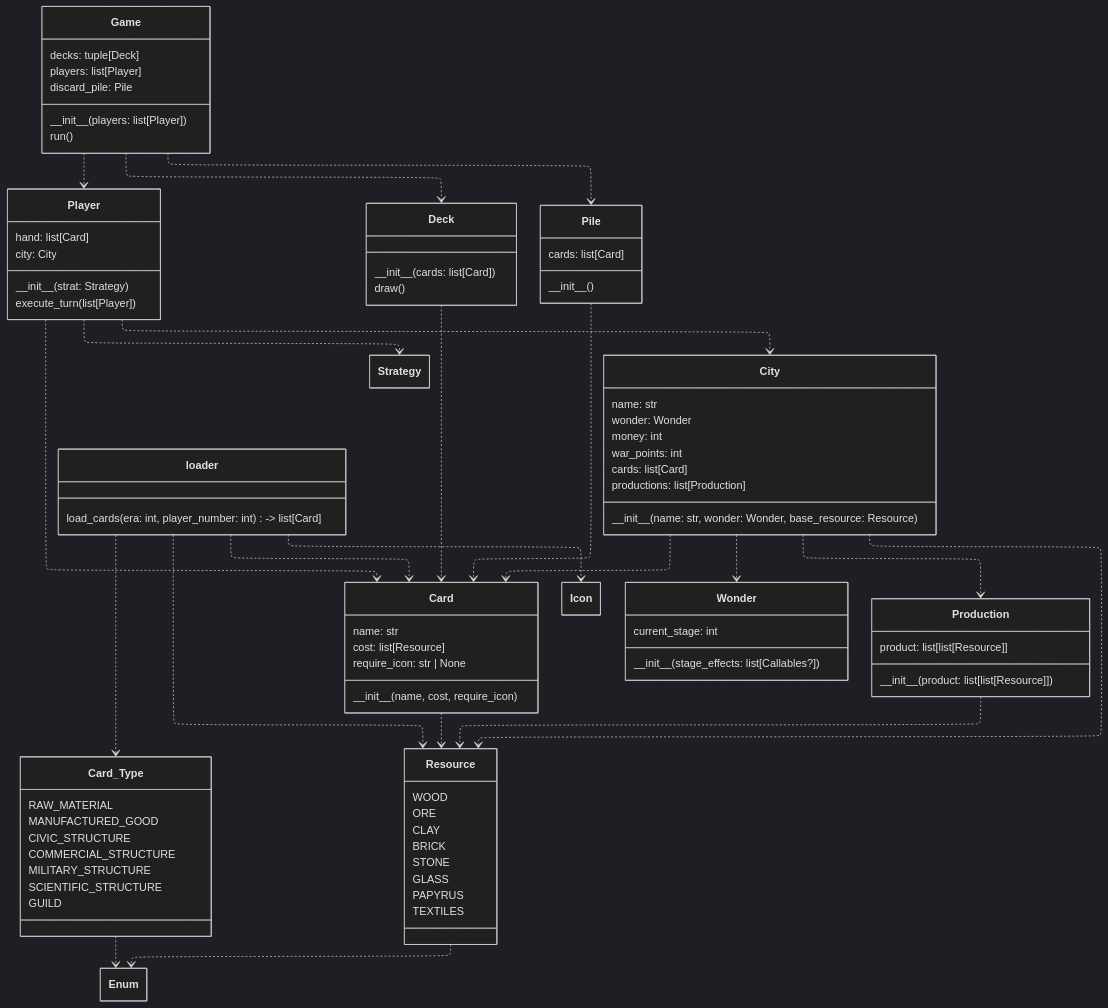
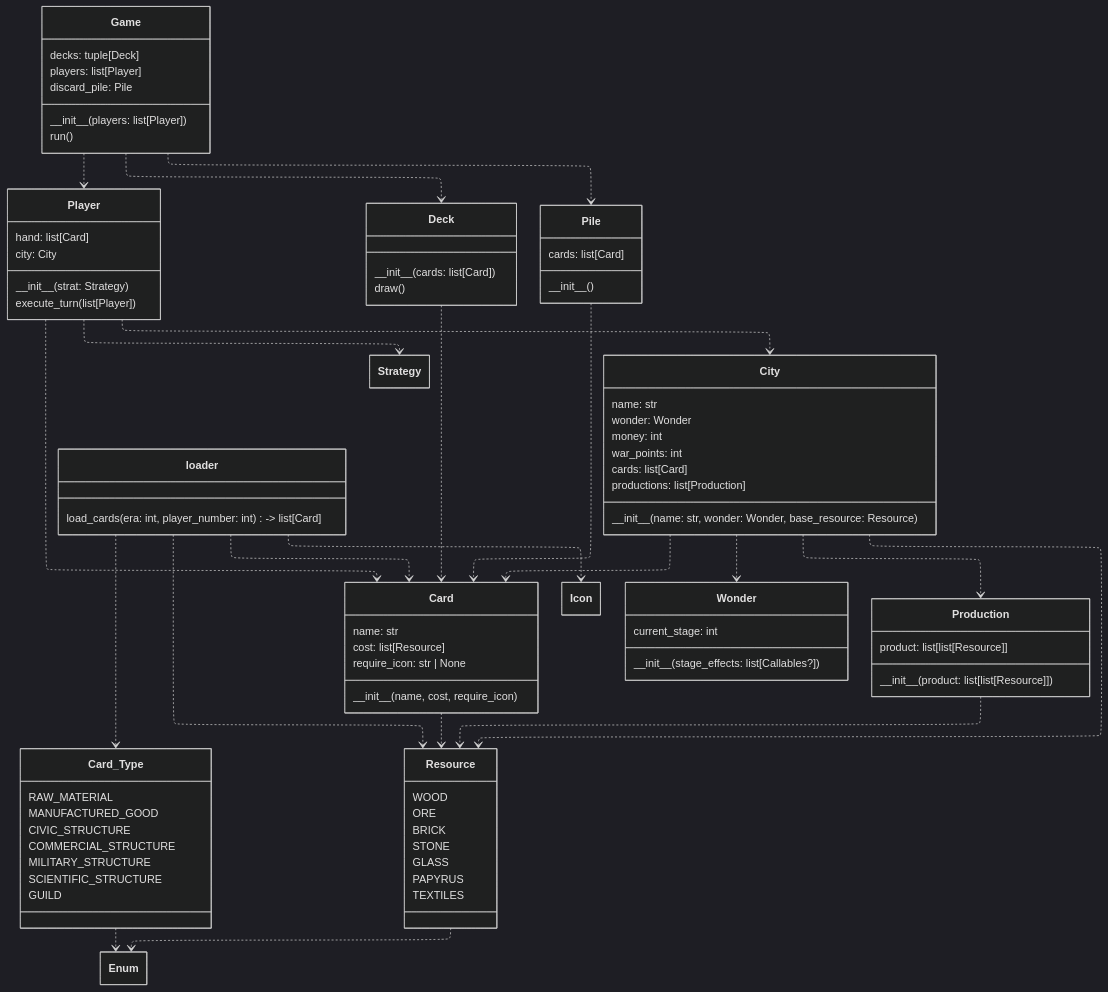
One commit to Oldranda1414/7sim changed the diagram in doc/assets/src/hldesign.mmd. Above: the diagram before and after it, drawn with Mermaid (dark theme). The commit also changed 10 other files, not shown here.

```diff
--- a/doc/assets/src/hldesign.mmd
+++ b/doc/assets/src/hldesign.mmd
@@ -1,107 +1,106 @@
 ---
 config:
   class:
     hideEmptyMembersBox: true
   layout: elk
 ---
 classDiagram
     class loader {
         load_cards(era: int, player_number: int) -> list[Card]
     }
     loader ..> Card
     loader ..> Card_Type
     loader ..> Resource
     loader ..> Icon
 
     class Game {
         decks: tuple[Deck]
         players: list[Player]
         discard_pile: Pile
         \_\_init\_\_(players: list[Player])
         run()
     }
     Game ..> Player
     Game ..> Deck
     Game ..> Pile
 
     class Player {
         hand: list[Card]
         city: City
         \_\_init\_\_(strat: Strategy)
         execute_turn(list[Player])
     }
     Player ..> Strategy
     Player ..> City
     Player ..> Card
 
     class Strategy {
         %% \_\_init\_\_()
     }
 
     class Deck {
         \_\_init\_\_(cards: list[Card])
         draw()
     }
     Deck ..> Card
 
     class Pile {
         \_\_init\_\_()
         cards: list[Card]
     }
     Pile ..> Card
 
     class Card {
         name: str
         cost: list[Resource]
         require_icon: str | None
         \_\_init\_\_(name, cost, require_icon)
     }
     Card ..> Resource
 
     class Card_Type {
       RAW_MATERIAL
       MANUFACTURED_GOOD
       CIVIC_STRUCTURE
       COMMERCIAL_STRUCTURE
       MILITARY_STRUCTURE
       SCIENTIFIC_STRUCTURE
       GUILD
     }
     Card_Type ..> Enum
 
     class Resource {
       WOOD
       ORE
-      CLAY
       BRICK
       STONE
       GLASS
       PAPYRUS
       TEXTILES
     }
     Resource ..> Enum
 
     class City {
         name: str
         wonder: Wonder
         money: int
         war_points: int
         cards: list[Card]
         productions: list[Production]
         \_\_init\_\_(name: str, wonder: Wonder, base_resource: Resource)
     }
     City ..> Card
     City ..> Wonder
     City ..> Resource
     City ..> Production
 
     class Production {
         product: list[list[Resource]]
         \_\_init\_\_(product: list[list[Resource]])
     }
     Production ..> Resource
 
     class Wonder {
         current_stage: int
         \_\_init\_\_(stage_effects: list[Callables?])
     }
```
